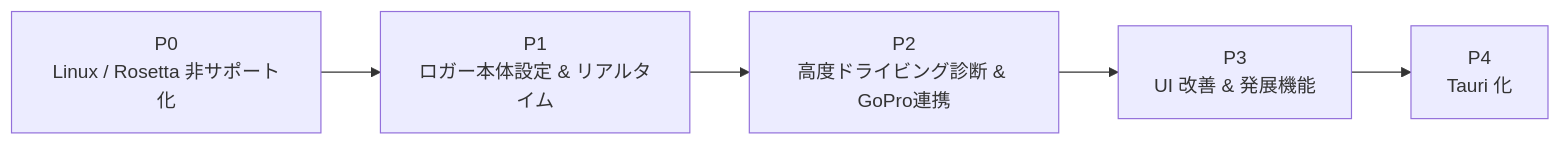
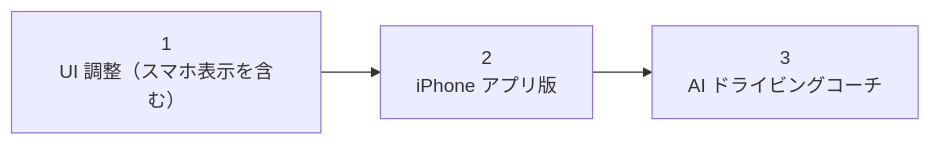
The diagram in TODO.md (oud0n/ds_universal), drawn with Mermaid before and after one commit. The commit also changed other lines of this file, not shown here.

First line of the commit message:
docs: TODO の優先順を UI 調整 → iPhone アプリ版 → AI に改める

````diff
--- a/TODO.md
+++ b/TODO.md
@@ -21,7 +24,5 @@
 ```mermaid
 flowchart LR
-    P0["P0<br/>Linux / Rosetta 非サポート化"] --> P1["P1<br/>ロガー本体設定 & リアルタイム"]
-    P1 --> P2["P2<br/>高度ドライビング診断 & GoPro連携"]
-    P2 --> P3["P3<br/>UI 改善 & 発展機能"]
-    P3 --> P4["P4<br/>Tauri 化"]
+    U["1<br/>UI 調整（スマホ表示を含む）"] --> I["2<br/>iPhone アプリ版"]
+    I --> A["3<br/>AI ドライビングコーチ"]
 ```
````
